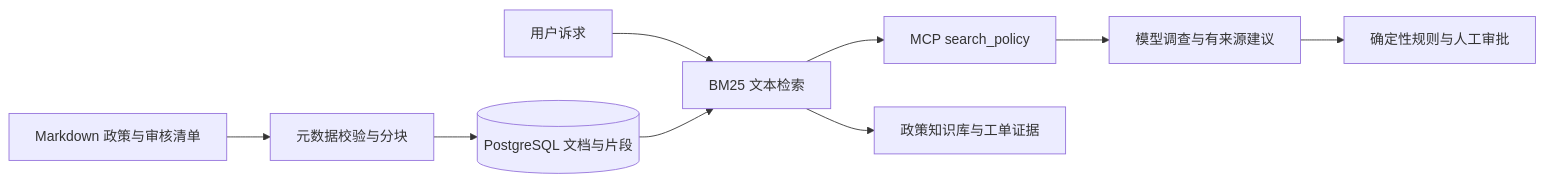
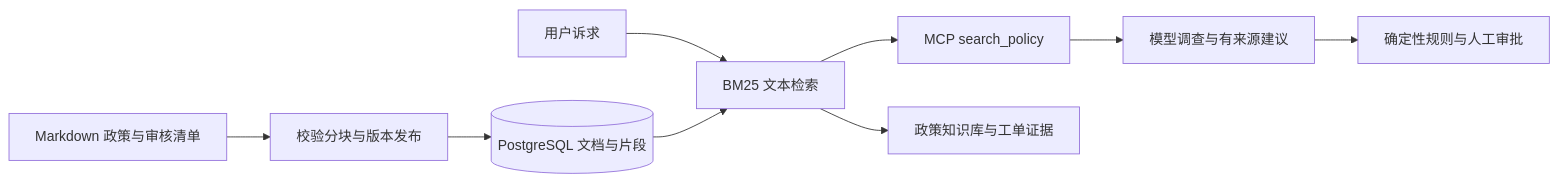
The diagram in RAG.md (qq789qq978-cpu/ResolveFlow), drawn with Mermaid before and after one commit. The commit also changed other lines of this file and 38 other files, not shown here.

````diff
--- a/RAG.md
+++ b/RAG.md
@@ -7,11 +7,11 @@
 ```mermaid
 flowchart LR
-  Docs[Markdown 政策与审核清单] --> Import[元数据校验与分块]
+  Docs[Markdown 政策与审核清单] --> Import[校验分块与版本发布]
   Import --> PG[(PostgreSQL 文档与片段)]
   Query[用户诉求] --> Search[BM25 文本检索]
   PG --> Search
   Search --> MCP[MCP search_policy]
   MCP --> Model[模型调查与有来源建议]
   Model --> Rules[确定性规则与人工审批]
   Search --> UI[政策知识库与工单证据]
 ```
````
